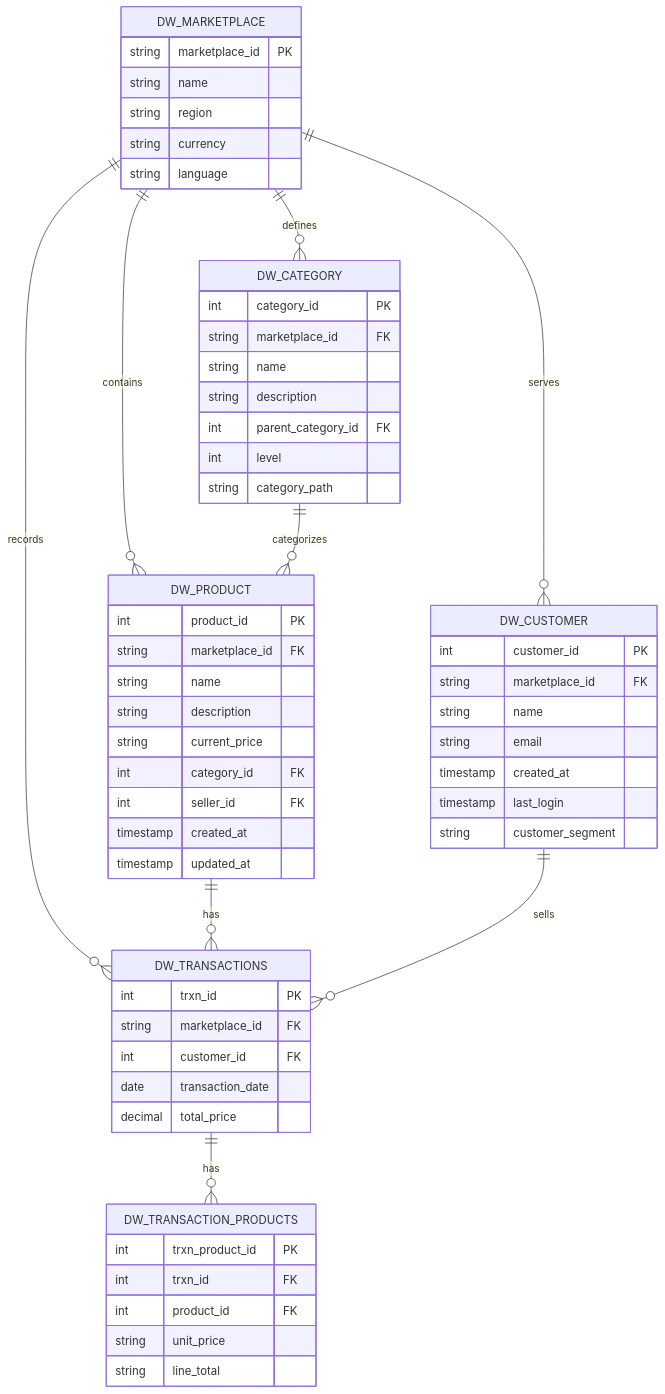
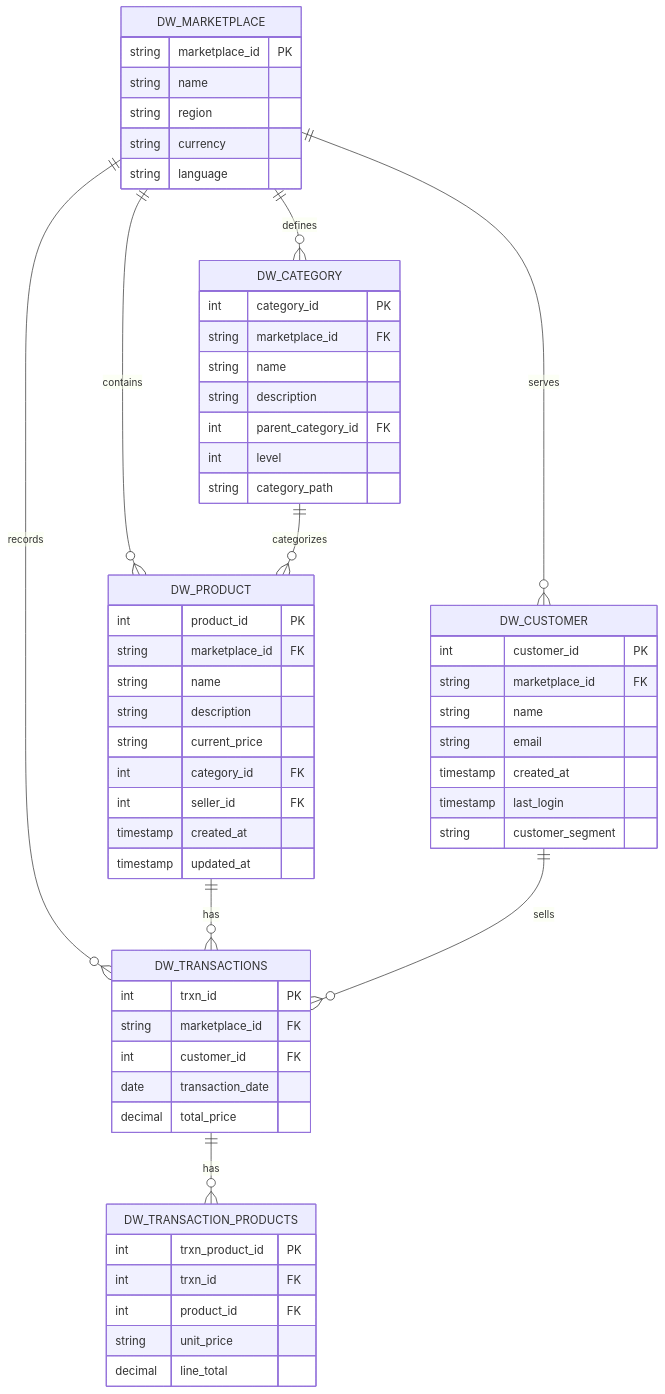
Before and after one commit to NitishShandilya/SalesPrediction: the fifth of 12 diagrams in README.md, drawn with Mermaid. The commit also changed other lines of this file, not shown here.

````diff
--- a/README.md
+++ b/README.md
@@ -290,68 +290,68 @@
 ```mermaid
 erDiagram
     DW_MARKETPLACE {
         string marketplace_id PK
         string name
         string region
         string currency
         string language
     }
     
     DW_PRODUCT {
         int product_id PK
         string marketplace_id FK
         string name
         string description
         string current_price
         int category_id FK
         int seller_id FK
         timestamp created_at
         timestamp updated_at
     }
     
     DW_CATEGORY {
         int category_id PK
         string marketplace_id FK
         string name
         string description
         int parent_category_id FK
         int level
         string category_path
     }
     
     DW_CUSTOMER {
         int customer_id PK
         string marketplace_id FK
         string name
         string email
         timestamp created_at
         timestamp last_login
         string customer_segment
     }
     
     DW_TRANSACTIONS {
         int trxn_id PK
         string marketplace_id FK
         int customer_id FK
         date transaction_date
         decimal total_price
     }
 
     DW_TRANSACTION_PRODUCTS {
        int trxn_product_id PK
        int trxn_id FK
        int product_id FK
        string unit_price
-       string line_total
+       decimal line_total
     }
     
     DW_MARKETPLACE ||--o{ DW_PRODUCT : contains
     DW_MARKETPLACE ||--o{ DW_CATEGORY : defines
     DW_MARKETPLACE ||--o{ DW_CUSTOMER : serves
     DW_MARKETPLACE ||--o{ DW_TRANSACTIONS : records
     
     DW_PRODUCT ||--o{ DW_TRANSACTIONS : has
     DW_TRANSACTIONS ||--o{ DW_TRANSACTION_PRODUCTS : has
     DW_CUSTOMER ||--o{ DW_TRANSACTIONS : sells
     DW_CATEGORY ||--o{ DW_PRODUCT : categorizes
 ```
````
